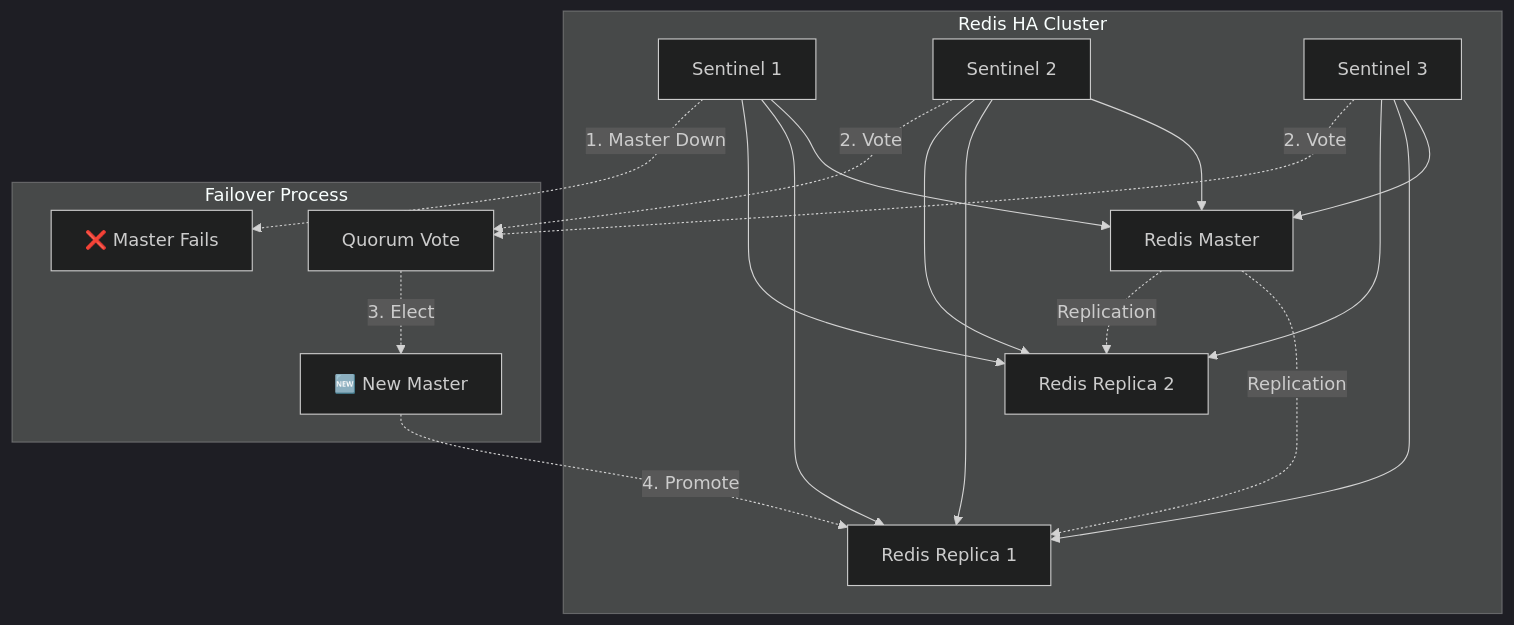
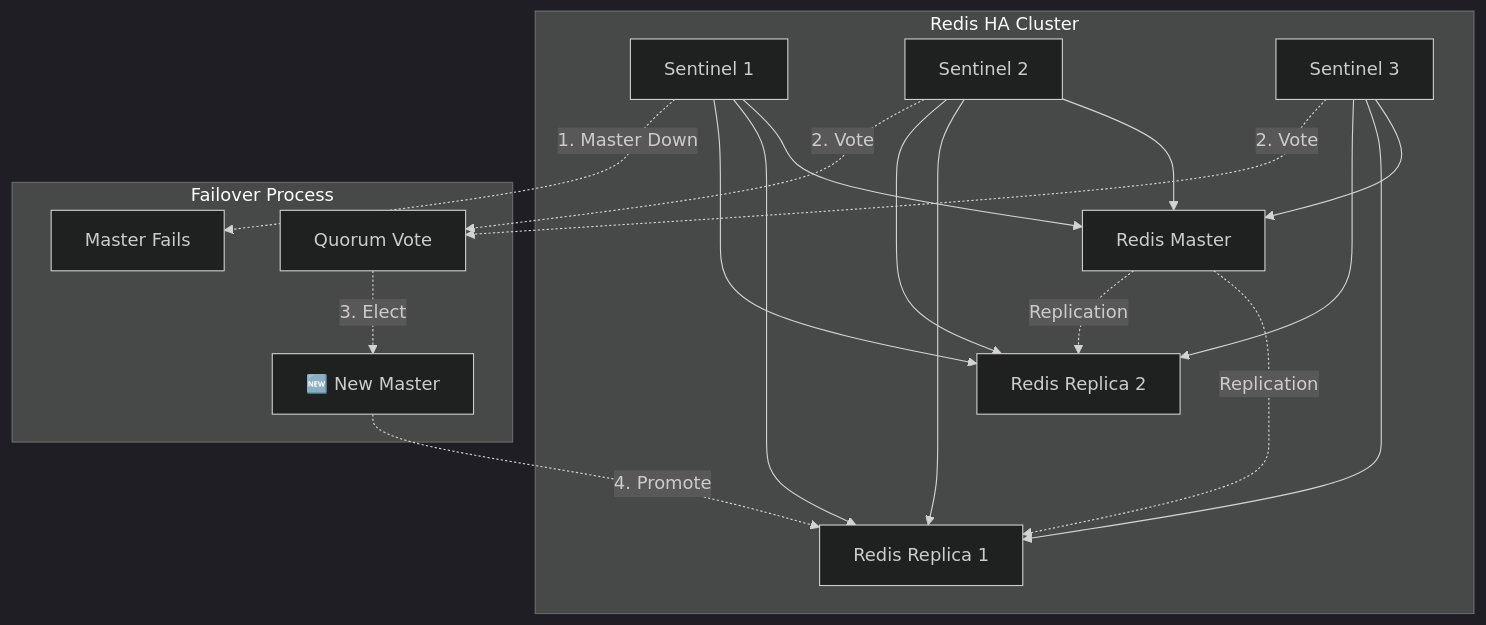
The second of 12 diagrams in docs/cicd/week6-argocd-final.md (juwon8891/juwon8891.github.io), drawn with Mermaid (dark theme) before and after one commit. The commit also changed other lines of this file and 25 other files, not shown here.

````diff
--- a/docs/cicd/week6-argocd-final.md
+++ b/docs/cicd/week6-argocd-final.md
@@ -142,28 +141,28 @@
 ```mermaid
 graph TB
     subgraph "Redis HA Cluster"
         S1[Sentinel 1] --> M[Redis Master]
         S2[Sentinel 2] --> M
         S3[Sentinel 3] --> M
 
         S1 --> R1[Redis Replica 1]
         S2 --> R1
         S3 --> R1
 
         S1 --> R2[Redis Replica 2]
         S2 --> R2
         S3 --> R2
 
         M -.->|Replication| R1
         M -.->|Replication| R2
     end
 
     subgraph "Failover Process"
-        S1 -.->|1. Master Down| X[❌ Master Fails]
+        S1 -.->|1. Master Down| X[Master Fails]
         S2 -.->|2. Vote| VOTE[Quorum Vote]
         S3 -.->|2. Vote| VOTE
         VOTE -.->|3. Elect| NEW[🆕 New Master]
         NEW -.->|4. Promote| R1
     end
 
 ```
````
